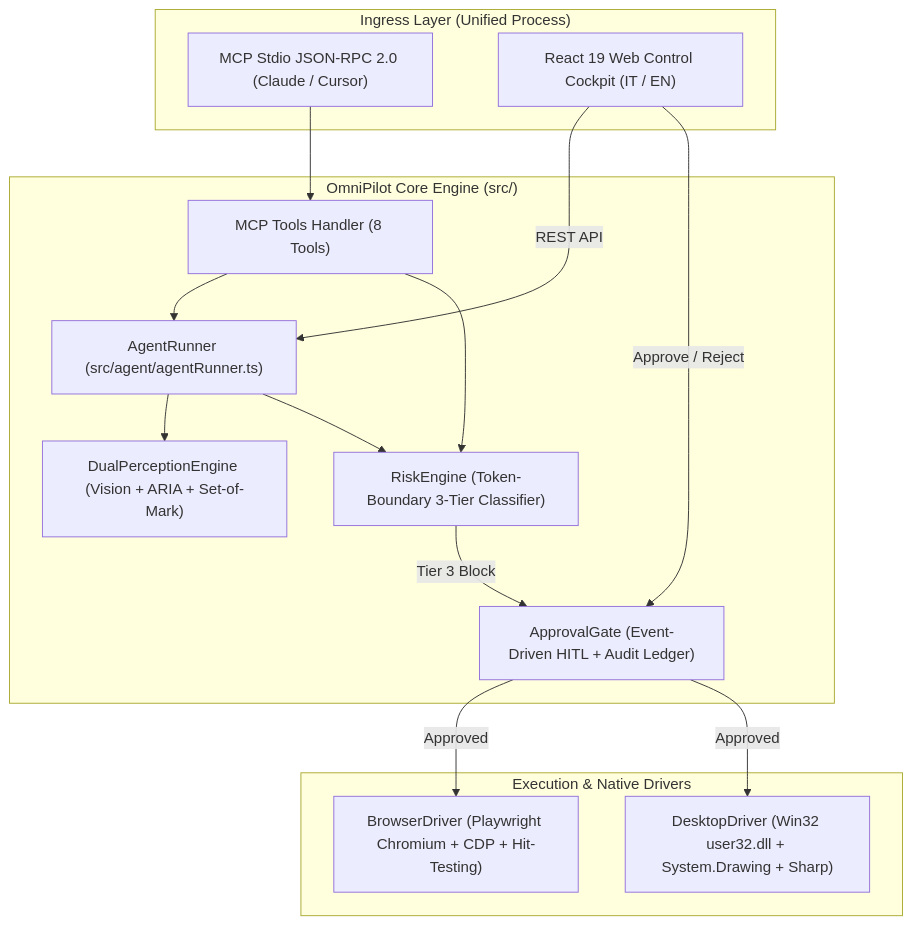
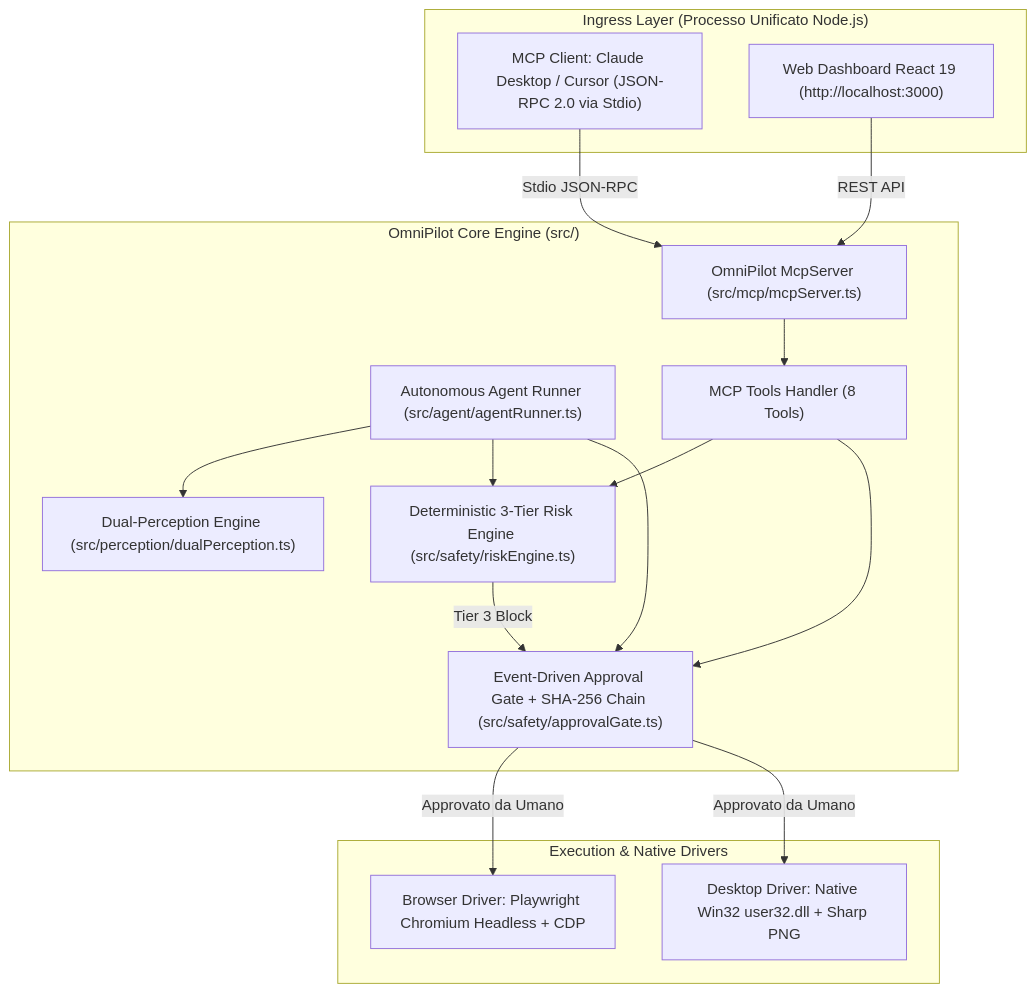
One commit to GabriMannino-pt/OmniPilot-MCP changed the diagram in HANDOFF.md. Above: the diagram before and after it, drawn with Mermaid. The commit also changed other lines of this file, not shown here.

````diff
--- a/HANDOFF.md
+++ b/HANDOFF.md
@@ -21,31 +48,33 @@
 ```mermaid
 flowchart TD
-    subgraph Ingress ["Ingress Layer (Unified Process)"]
-        MCPStdio["MCP Stdio JSON-RPC 2.0 (Claude / Cursor)"]
-        WebUI["React 19 Web Control Cockpit (IT / EN)"]
+    subgraph Ingress ["Ingress Layer (Processo Unificato Node.js)"]
+        ClaudeClient["MCP Client: Claude Desktop / Cursor (JSON-RPC 2.0 via Stdio)"]
+        WebBrowser["Web Dashboard React 19 (http://localhost:3000)"]
     end
 
-    subgraph Core ["OmniPilot Core Engine (src/)"]
-        Agent["AgentRunner (src/agent/agentRunner.ts)"]
-        Tools["MCP Tools Handler (8 Tools)"]
-        Dual["DualPerceptionEngine (Vision + ARIA + Set-of-Mark)"]
-        Risk["RiskEngine (Token-Boundary 3-Tier Classifier)"]
-        Gate["ApprovalGate (Event-Driven HITL + Audit Ledger)"]
+    subgraph CoreEngine ["OmniPilot Core Engine (src/)"]
+        AgentRunner["Autonomous Agent Runner (src/agent/agentRunner.ts)"]
+        McpServer["OmniPilot McpServer (src/mcp/mcpServer.ts)"]
+        ToolsHandler["MCP Tools Handler (8 Tools)"]
+        RiskEngine["Deterministic 3-Tier Risk Engine (src/safety/riskEngine.ts)"]
+        ApprovalGate["Event-Driven Approval Gate + SHA-256 Chain (src/safety/approvalGate.ts)"]
+        DualPerception["Dual-Perception Engine (src/perception/dualPerception.ts)"]
     end
 
-    subgraph Drivers ["Execution & Native Drivers"]
-        Playwright["BrowserDriver (Playwright Chromium + CDP + Hit-Testing)"]
-        Win32["DesktopDriver (Win32 user32.dll + System.Drawing + Sharp)"]
+    subgraph ExecutionLayer ["Execution & Native Drivers"]
+        BrowserDriver["Browser Driver: Playwright Chromium Headless + CDP"]
+        DesktopDriver["Desktop Driver: Native Win32 user32.dll + Sharp PNG"]
     end
 
-    MCPStdio --> Tools
-    WebUI -->|REST API| Agent
-    WebUI -->|Approve / Reject| Gate
-    Tools --> Agent
-    Tools --> Risk
-    Agent --> Dual
-    Agent --> Risk
-    Risk -->|Tier 3 Block| Gate
-    Gate -->|Approved| Playwright
-    Gate -->|Approved| Win32
+    ClaudeClient -->|Stdio JSON-RPC| McpServer
+    WebBrowser -->|REST API| McpServer
+    McpServer --> ToolsHandler
+    ToolsHandler --> RiskEngine
+    ToolsHandler --> ApprovalGate
+    AgentRunner --> DualPerception
+    AgentRunner --> RiskEngine
+    AgentRunner --> ApprovalGate
+    RiskEngine -->|Tier 3 Block| ApprovalGate
+    ApprovalGate -->|Approvato da Umano| BrowserDriver
+    ApprovalGate -->|Approvato da Umano| DesktopDriver
 ```
````
